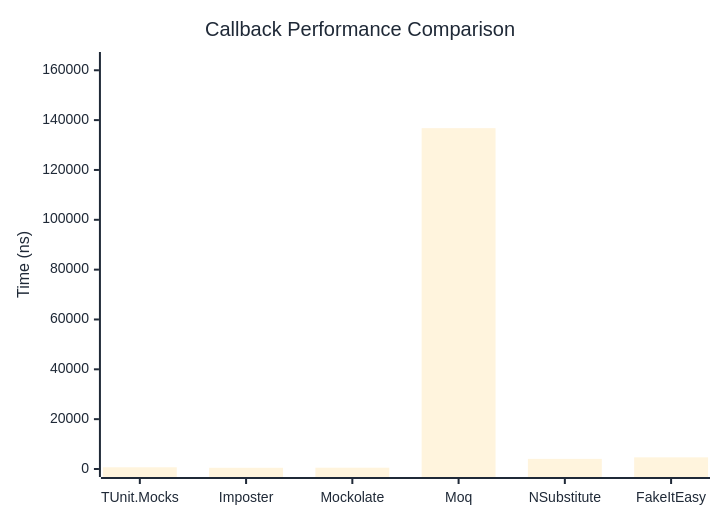
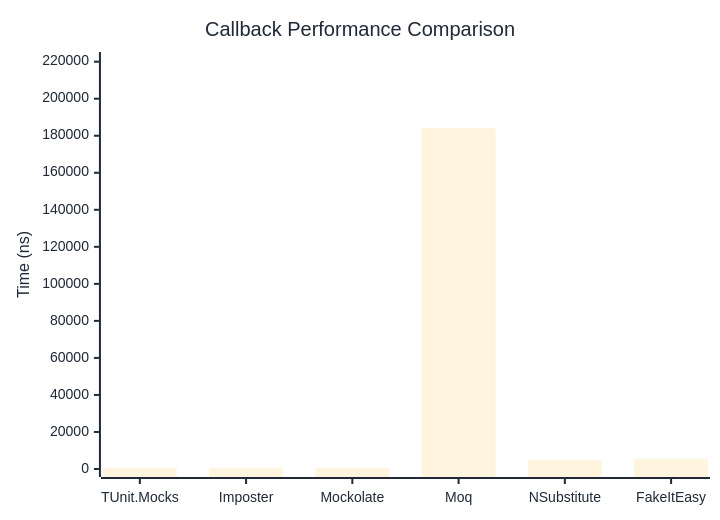
Before and after one commit to thomhurst/TUnit: the first of 2 diagrams in docs/docs/benchmarks/mocks/Callback.md, drawn with Mermaid. The commit also changed other lines of this file and 14 other files, not shown here.

````diff
--- a/docs/docs/benchmarks/mocks/Callback.md
+++ b/docs/docs/benchmarks/mocks/Callback.md
@@ -28,27 +28,27 @@
 ```mermaid
 %%{init: {
   'theme':'base',
   'themeVariables': {
     'primaryColor': '#2563eb',
     'primaryTextColor': '#1f2937',
     'primaryBorderColor': '#1e40af',
     'lineColor': '#6b7280',
     'secondaryColor': '#7c3aed',
     'tertiaryColor': '#dc2626',
     'background': '#ffffff',
     'pie1': '#2563eb',
     'pie2': '#7c3aed',
     'pie3': '#dc2626',
     'pie4': '#f59e0b',
     'pie5': '#10b981',
     'pie6': '#06b6d4',
     'pie7': '#ec4899',
     'pie8': '#6366f1'
   }
 }}%%
 xychart-beta
   title "Callback Performance Comparison"
   x-axis ["TUnit.Mocks", "Imposter", "Mockolate", "Moq", "NSubstitute", "FakeItEasy"]
-  y-axis "Time (ns)" 0 --> 164122
-  bar [694.2, 485.9, 523.1, 136768.2, 4060.7, 4677.9]
+  y-axis "Time (ns)" 0 --> 220908
+  bar [675.7, 457.7, 510.7, 184089.7, 4677, 5482.9]
 ```
````
